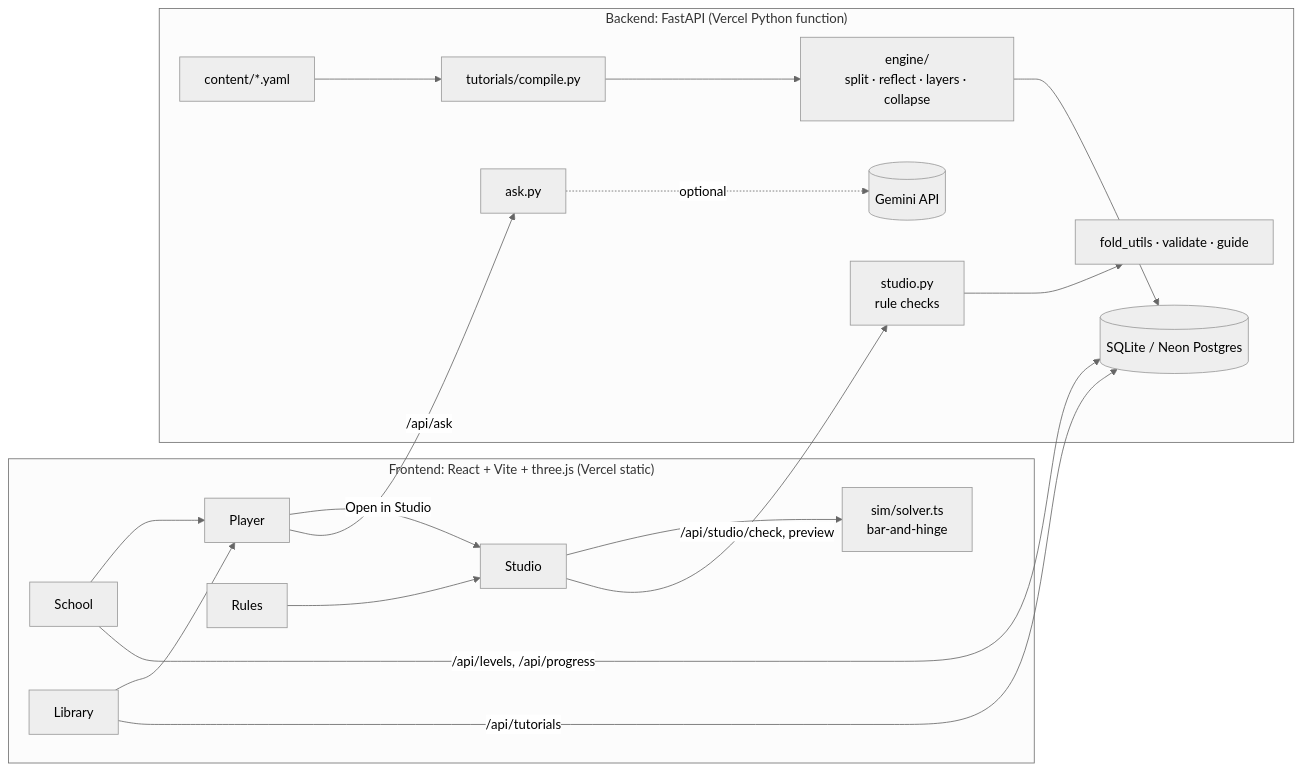
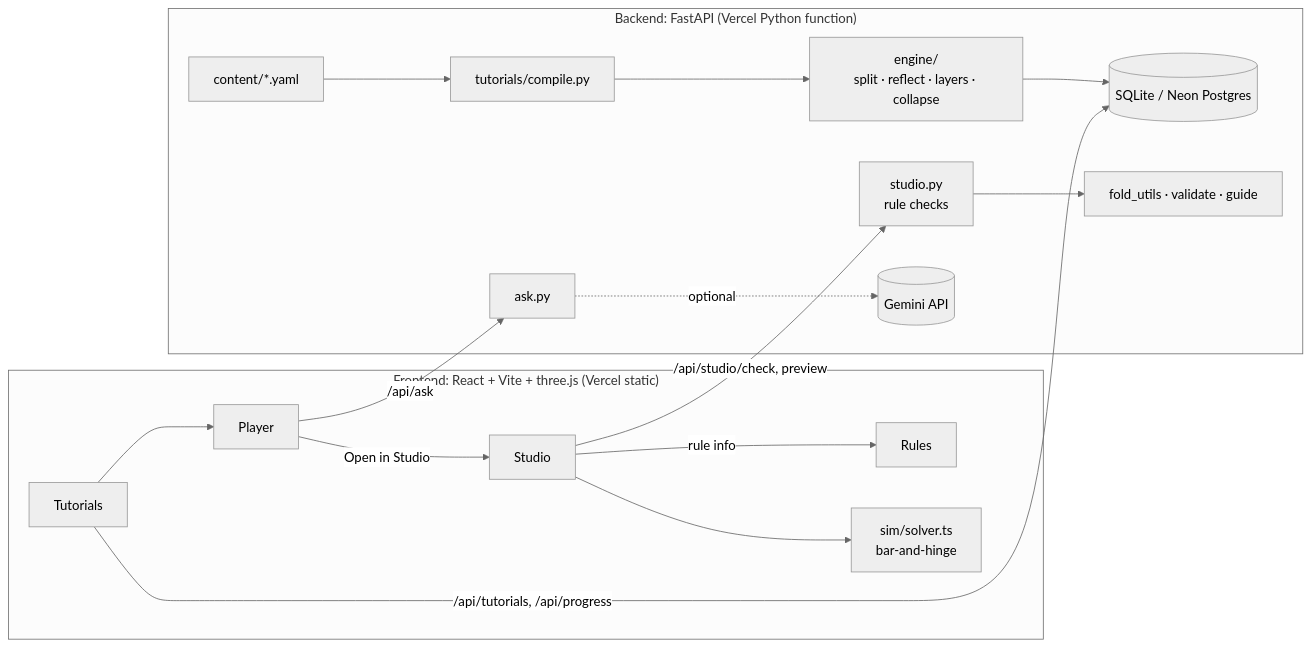
Before and after one commit to Srivalli-DT/Final-Project-Origami: the diagram in README.md, drawn with Mermaid (neutral theme). The commit also changed other lines of this file and 11 other files, not shown here.

First line of the commit message:
Focus the app on Tutorials and Studio: remove the School tab, profile and XP

````diff
--- a/README.md
+++ b/README.md
@@ -50,21 +51,19 @@
 ```mermaid
 flowchart LR
   subgraph Browser["Frontend: React + Vite + three.js (Vercel static)"]
-    School --> Player
-    Library --> Player
-    Rules --> Studio
+    Tutorials --> Player
     Player -->|Open in Studio| Studio
+    Studio -->|rule info| Rules
     Studio --> Solver["sim/solver.ts<br/>bar-and-hinge"]
   end
   subgraph API["Backend: FastAPI (Vercel Python function)"]
     Content["content/*.yaml"] --> Compiler["tutorials/compile.py"]
     Compiler --> Engine["engine/<br/>split · reflect · layers · collapse"]
     Engine --> DB[(SQLite / Neon Postgres)]
     Checks["studio.py<br/>rule checks"] --> FoldUtils["fold_utils · validate · guide"]
     Ask["ask.py"] -.optional.-> Gemini[(Gemini API)]
   end
-  Library -->|/api/tutorials| DB
-  School -->|/api/levels, /api/progress| DB
+  Tutorials -->|/api/tutorials, /api/progress| DB
   Studio -->|/api/studio/check, preview| Checks
   Player -->|/api/ask| Ask
 ```
````
